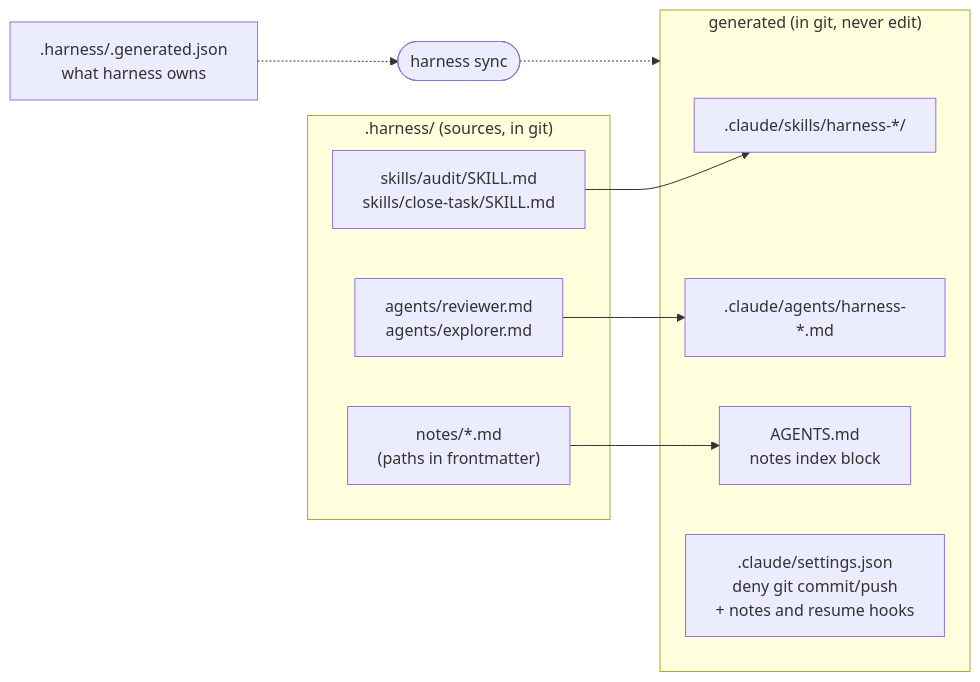
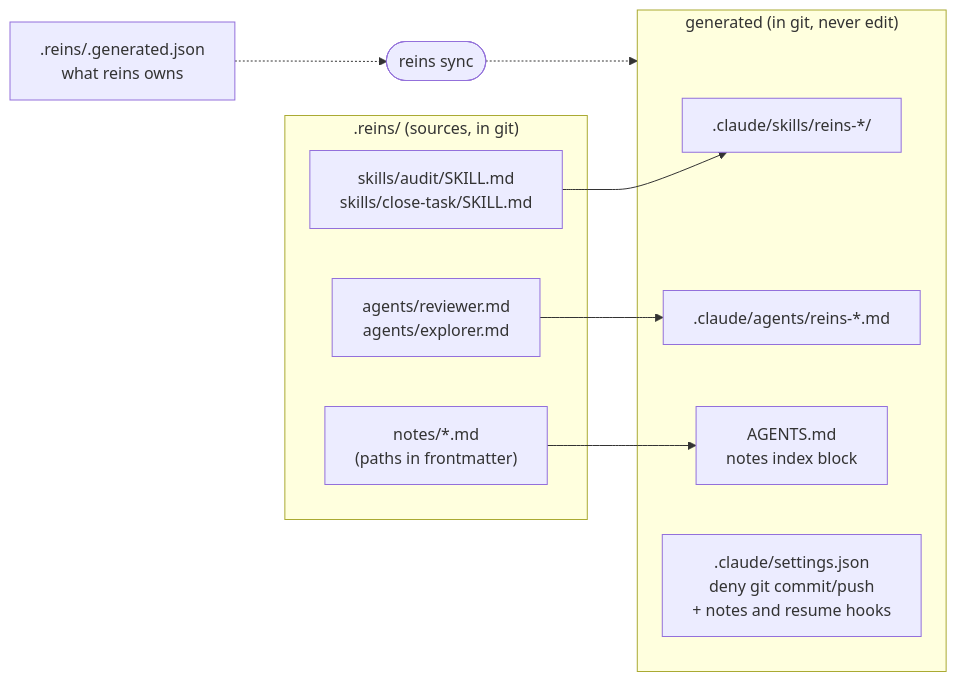
Before and after one commit to fredarcito/reins: diagram 11 of 15 in README.md, drawn with Mermaid. The commit also changed other lines of this file and 186 other files, not shown here.

````diff
--- a/README.md
+++ b/README.md
@@ -487,19 +487,19 @@
 ```mermaid
 flowchart LR
-    subgraph src[".harness/ (sources, in git)"]
+    subgraph src[".reins/ (sources, in git)"]
         skills["skills/audit/SKILL.md<br/>skills/close-task/SKILL.md"]
         agents["agents/reviewer.md<br/>agents/explorer.md"]
         notes["notes/*.md<br/>(paths in frontmatter)"]
     end
     subgraph gen["generated (in git, never edit)"]
-        cskills[".claude/skills/harness-*/"]
-        cagents[".claude/agents/harness-*.md"]
+        cskills[".claude/skills/reins-*/"]
+        cagents[".claude/agents/reins-*.md"]
         index["AGENTS.md<br/>notes index block"]
         settings[".claude/settings.json<br/>deny git commit/push<br/>+ notes and resume hooks"]
     end
     skills --> cskills
     agents --> cagents
     notes --> index
-    sync(["harness sync"]) -.-> gen
-    manifest[".harness/.generated.json<br/>what harness owns"] -.-> sync
+    sync(["reins sync"]) -.-> gen
+    manifest[".reins/.generated.json<br/>what reins owns"] -.-> sync
 ```
````
